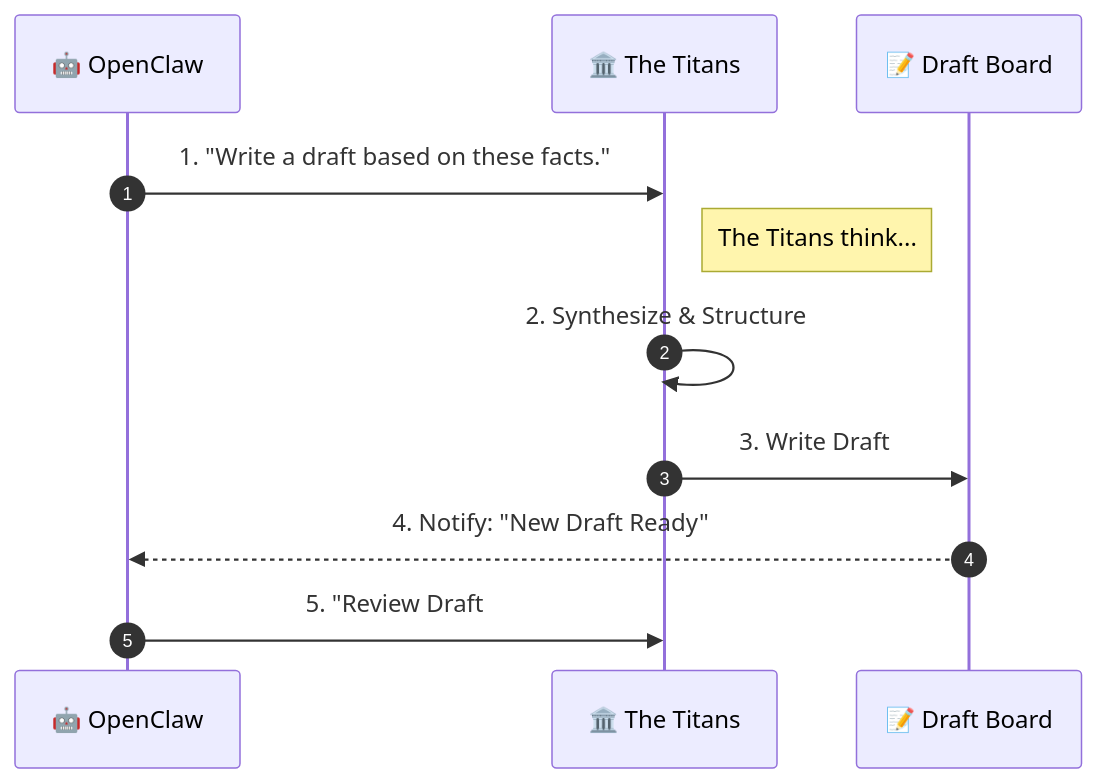
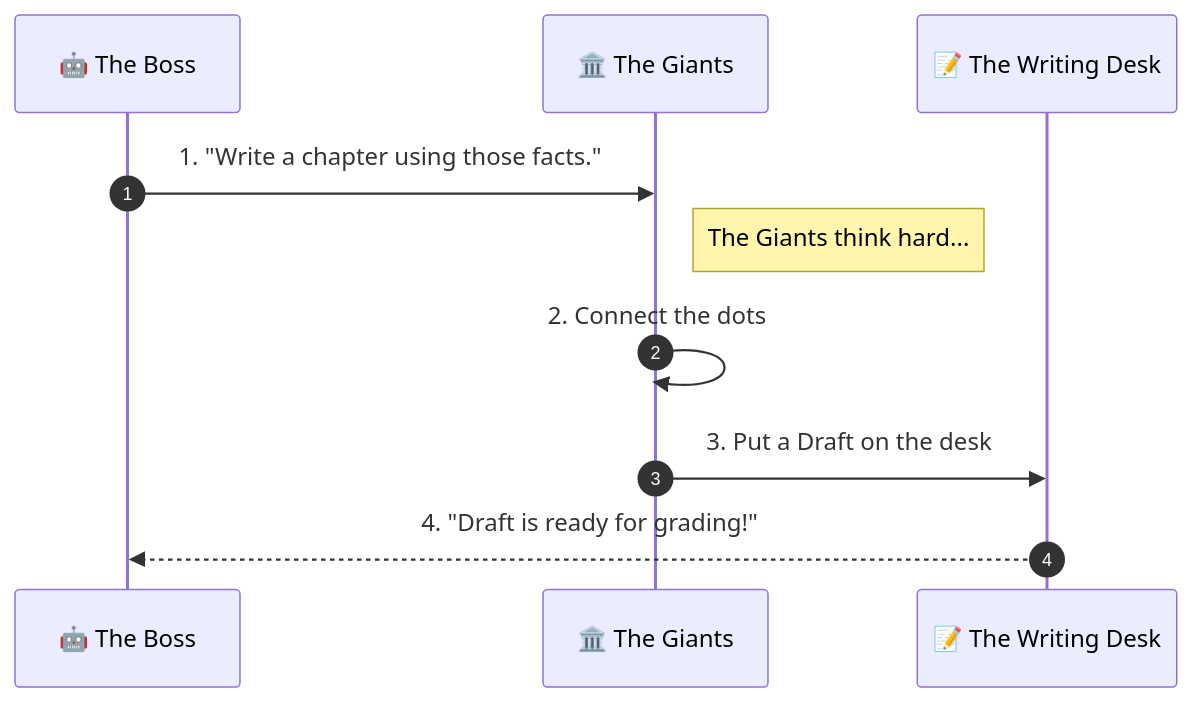
One commit to xlp0/PrologueOfSpacetime changed the second of 3 diagrams in docs/workflows/README.md. Above: the diagram before and after it, drawn with Mermaid. The commit also changed other lines of this file, not shown here.

````diff
--- a/docs/workflows/README.md
+++ b/docs/workflows/README.md
@@ -61,17 +61,15 @@
 ```mermaid
 sequenceDiagram
     autonumber
-    participant Manager as 🤖 OpenClaw
-    participant Titans as 🏛️ The Titans
-    participant Staging as 📝 Draft Board
+    participant Boss as 🤖 The Boss
+    participant Giants as 🏛️ The Giants
+    participant Desk as 📝 The Writing Desk
 
-    Manager->>Titans: 1. "Write a draft based on these facts."
+    Boss->>Giants: 1. "Write a chapter using those facts."
     
-    Note right of Titans: The Titans think...
-    Titans->>Titans: 2. Synthesize & Structure
+    Note right of Giants: The Giants think hard...
+    Giants->>Giants: 2. Connect the dots
     
-    Titans->>Staging: 3. Write Draft #101
-    Staging-->>Manager: 4. Notify: "New Draft Ready"
-    
-    Manager->>Titans: 5. "Review Draft #101. Is it good?"
+    Giants->>Desk: 3. Put a Draft on the desk
+    Desk-->>Boss: 4. "Draft is ready for grading!"
 ```
````
